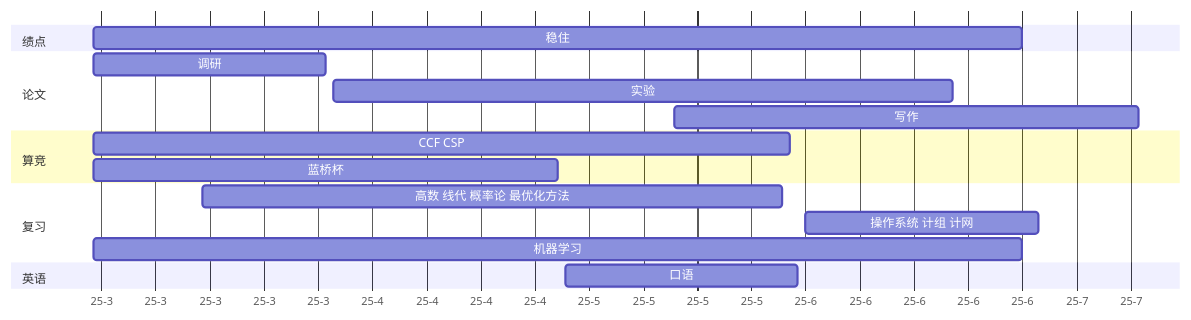
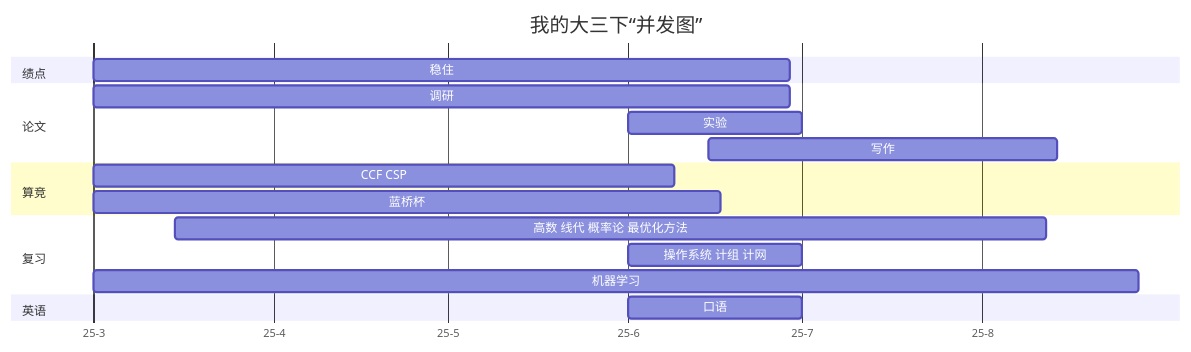
One commit to Explorer-Dong/blog changed the diagram in source/_posts/2025-03-04_junior-2nd-plan.md. Above: the diagram before and after it, drawn with Mermaid. The commit also changed other lines of this file and 1 other file, not shown here.

Commit message:
upd: mermaid

````diff
--- a/source/_posts/2025-03-04_junior-2nd-plan.md
+++ b/source/_posts/2025-03-04_junior-2nd-plan.md
@@ -9,20 +9,23 @@
 ```mermaid
+---
+title: 我的大三下“并发图”
+---
 gantt
     dateFormat YY-MM
     axisFormat  %y-%-m
     section 绩点
         稳住 :2025-3-1, 120d
     section 论文
-        调研 :2025-3-1, 30d
-        实验 :2025-4-1, 80d
-        写作 :2025-5-15,60d
+        调研 :2025-3-1, 120d
+        实验 :2025-6-1, 30d
+        写作 :2025-6-15,60d
     section 算竞
-        CCF CSP :2025-3-1, 90d
-        蓝桥杯 :2025-3-1, 60d
+        CCF CSP :2025-3-1, 100d
+        蓝桥杯 :2025-3-1, 108d
     section 复习
-        高数 线代 概率论 最优化方法 :2025-3-15, 75d
+        高数 线代 概率论 最优化方法 :2025-3-15, 150d
         操作系统 计组 计网 :2025-6-1, 30d
-        机器学习 :2025-3-1, 120d
+        机器学习 :2025-3-1, 180d
     section 英语
-        口语 :2025-5-1, 30d
+        口语 :2025-6-1, 30d
 ```
````
